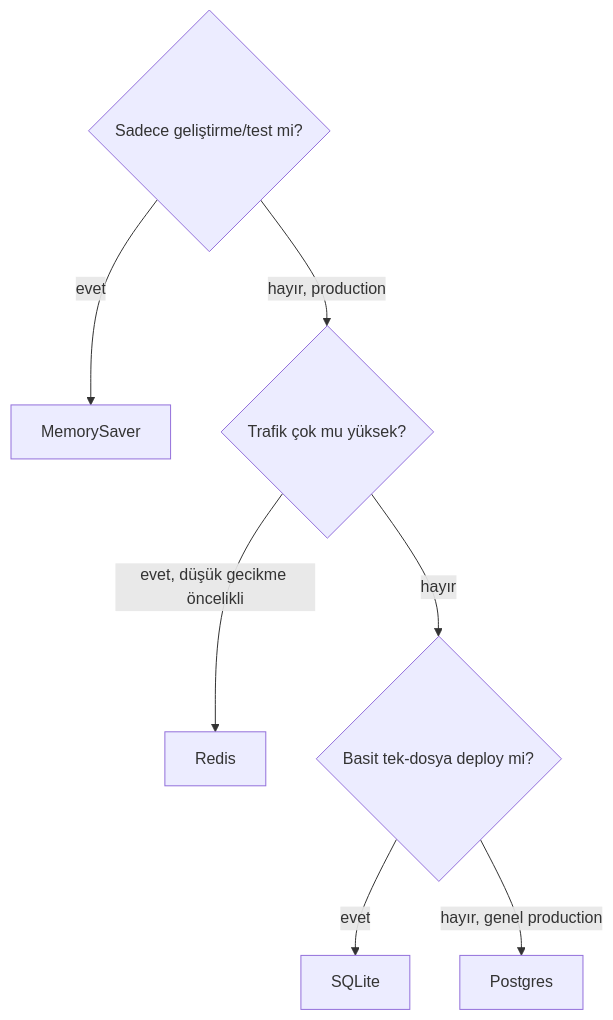
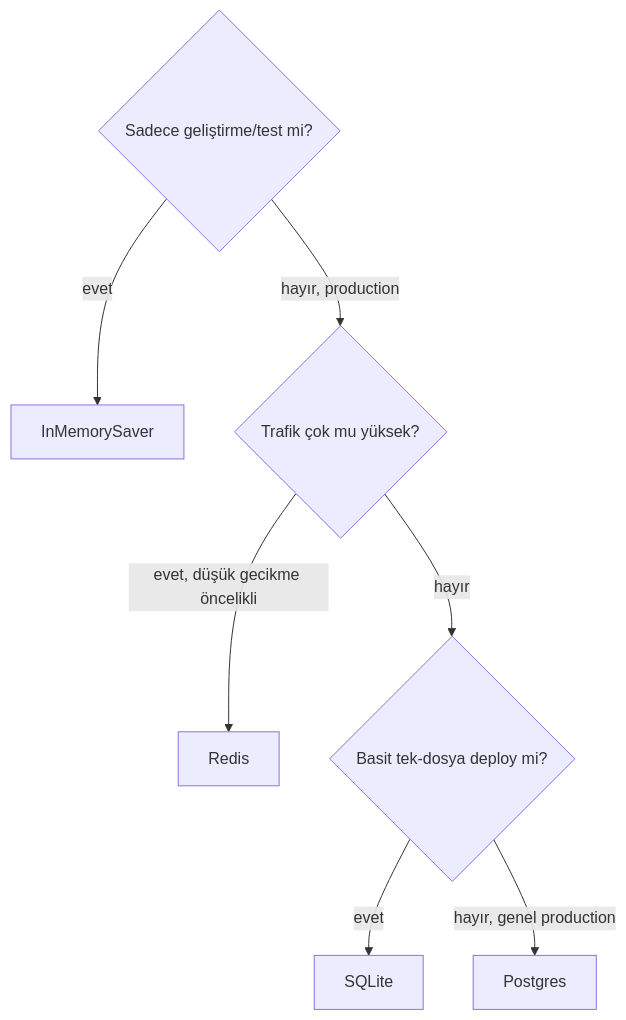
Before and after one commit to emineksknc/langgraph-turkce: the diagram in docs/orta-seviye/checkpointer.md, drawn with Mermaid. The commit also changed other lines of this file and 22 other files, not shown here.

````diff
--- a/docs/orta-seviye/checkpointer.md
+++ b/docs/orta-seviye/checkpointer.md
@@ -63,9 +66,9 @@
 ```mermaid
 flowchart TD
-    baslangic{Sadece geliştirme/test mi?} -- evet --> memory[MemorySaver]
+    baslangic{Sadece geliştirme/test mi?} -- evet --> memory[InMemorySaver]
     baslangic -- hayır, production --> trafik{Trafik çok mu yüksek?}
     trafik -- evet, düşük gecikme öncelikli --> redis[Redis]
     trafik -- hayır --> deploy{Basit tek-dosya deploy mi?}
     deploy -- evet --> sqlite[SQLite]
     deploy -- hayır, genel production --> postgres[Postgres]
 ```
````
